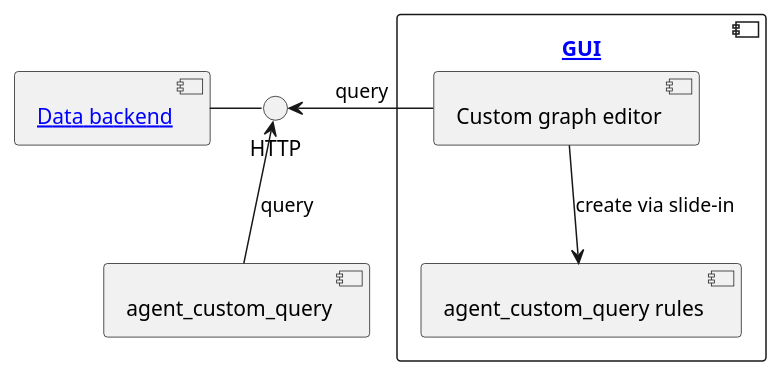
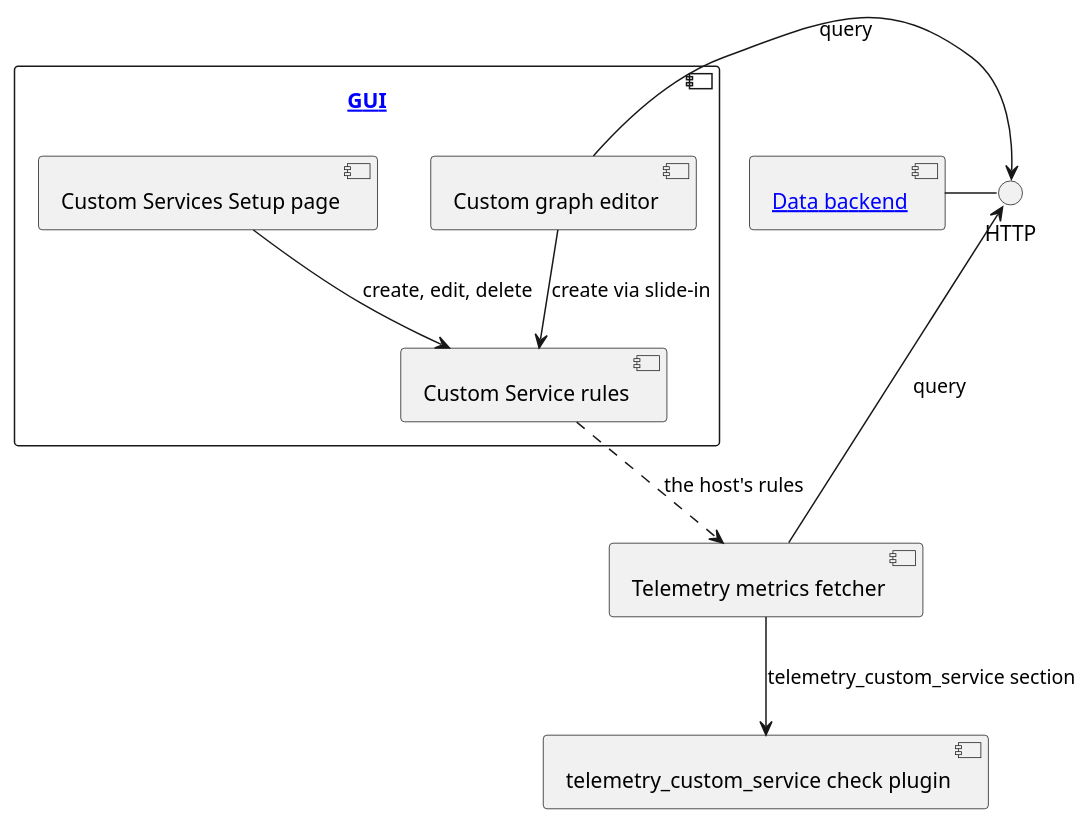
The diagram in doc/documentation/arch-comp-otel-monitoring-custom-query.puml (Checkmk/checkmk), drawn with PlantUML before and after one commit. The commit also changed 7 other files, not shown here.

First line of the commit message:
telemetry-metrics: remove the custom query special agent

```diff
--- a/doc/documentation/arch-comp-otel-monitoring-custom-query.puml
+++ b/doc/documentation/arch-comp-otel-monitoring-custom-query.puml
@@ -1,18 +1,23 @@
 @startuml
 
 component "[[../arch-comp-data-backend.html Data backend]]" as data_backend
 interface "HTTP" as http_data_backend
 
 component "[[../arch-comp-gui.html GUI]]" as gui {
     component "Custom graph editor" as custom_graph_editor
-    component "agent_custom_query rules" as agent_custom_query_rules
+    component "Custom Services Setup page" as custom_services_page
+    component "Custom Service rules" as custom_service_rules
 }
 
-component "agent_custom_query" as agent_custom_query
+component "Telemetry metrics fetcher" as fetcher
+component "telemetry_custom_service check plugin" as check_plugin
 
 data_backend - http_data_backend
 custom_graph_editor -left-> http_data_backend: query
-custom_graph_editor --> agent_custom_query_rules: create via slide-in
-agent_custom_query -up-> http_data_backend: query
+custom_graph_editor --> custom_service_rules: create via slide-in
+custom_services_page --> custom_service_rules: create, edit, delete
+custom_service_rules ..> fetcher: the host's rules
+fetcher -up-> http_data_backend: query
+fetcher --> check_plugin: telemetry_custom_service section
 
 @enduml
```
